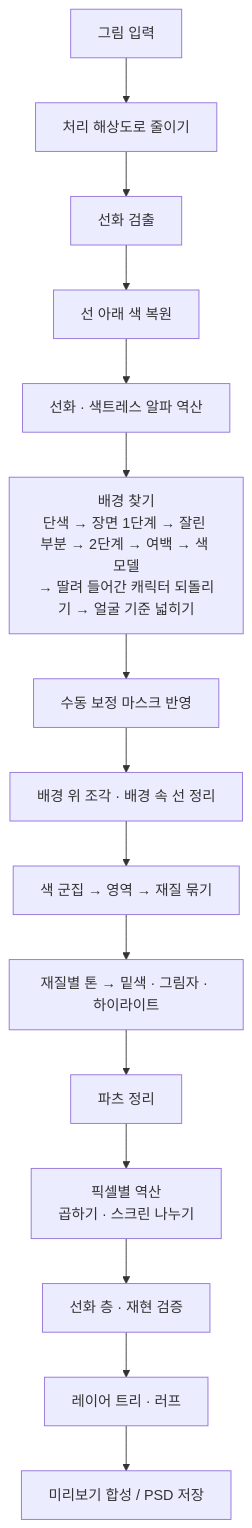
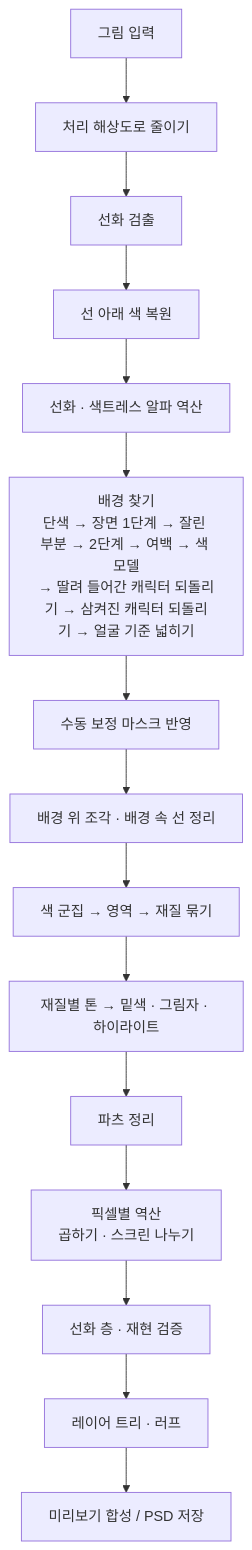
One commit to Velvitty/Illustracy changed the diagram in README.md. Above: the diagram before and after it, drawn with Mermaid. The commit also changed other lines of this file and 1 other file, not shown here.

````diff
--- a/README.md
+++ b/README.md
@@ -237,17 +239,17 @@
 ```mermaid
 flowchart TD
   A[그림 입력] --> B[처리 해상도로 줄이기]
   B --> C[선화 검출]
   C --> D[선 아래 색 복원]
   D --> E[선화 · 색트레스 알파 역산]
-  E --> F[배경 찾기<br/>단색 → 장면 1단계 → 잘린 부분 → 2단계 → 여백 → 색 모델<br/>→ 딸려 들어간 캐릭터 되돌리기 → 얼굴 기준 넓히기]
+  E --> F[배경 찾기<br/>단색 → 장면 1단계 → 잘린 부분 → 2단계 → 여백 → 색 모델<br/>→ 딸려 들어간 캐릭터 되돌리기 → 삼켜진 캐릭터 되돌리기 → 얼굴 기준 넓히기]
   F --> G[수동 보정 마스크 반영]
   G --> H[배경 위 조각 · 배경 속 선 정리]
   H --> I[색 군집 → 영역 → 재질 묶기]
   I --> J[재질별 톤 → 밑색 · 그림자 · 하이라이트]
   J --> K[파츠 정리]
   K --> L[픽셀별 역산<br/>곱하기 · 스크린 나누기]
   L --> M[선화 층 · 재현 검증]
   M --> N[레이어 트리 · 러프]
   N --> O[미리보기 합성 / PSD 저장]
 ```
````
